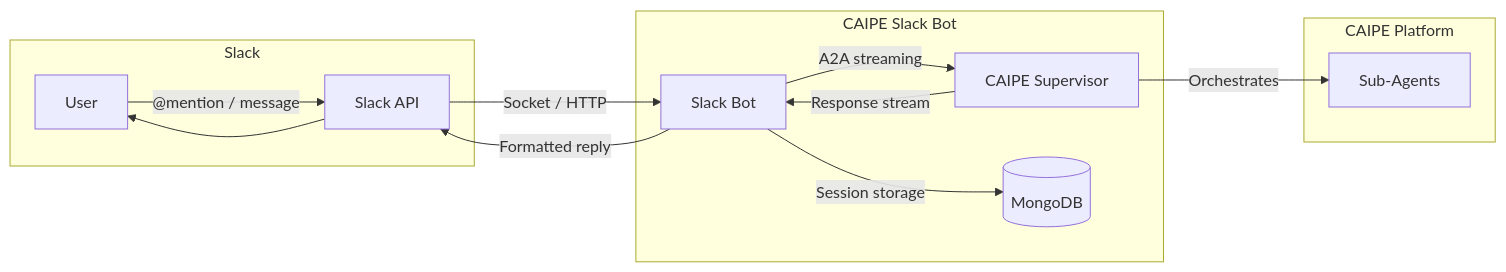
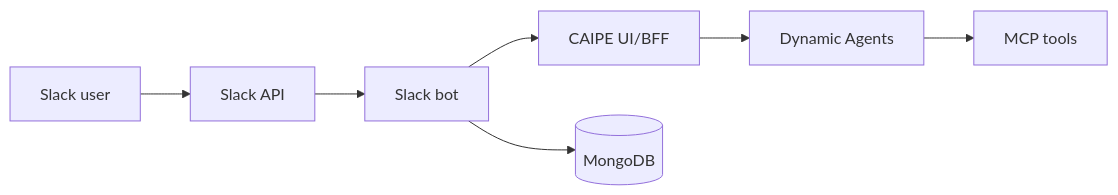
One commit to cnoe-io/ai-platform-engineering changed the diagram in docs/docs/integrations/slack-bot.md. Above: the diagram before and after it, drawn with Mermaid. The commit also changed other lines of this file and 252 other files, not shown here.

Commit message:
feat: remove supervisor and standalone agents

````diff
--- a/docs/docs/integrations/slack-bot.md
+++ b/docs/docs/integrations/slack-bot.md
@@ -11,17 +7,9 @@
 ```mermaid
 flowchart LR
-  subgraph Slack
-    U[User] -->|"@mention / message"| S[Slack API]
-  end
-  subgraph CAIPE Slack Bot
-    S -->|Socket / HTTP| B[Slack Bot]
-    B -->|A2A streaming| SUP[CAIPE Supervisor]
-    B -->|Session storage| M[(MongoDB)]
-  end
-  subgraph CAIPE Platform
-    SUP -->|Orchestrates| AG[Sub-Agents]
-  end
-  SUP -->|Response stream| B
-  B -->|Formatted reply| S
-  S --> U
+  U[Slack user] --> S[Slack API]
+  S --> B[Slack bot]
+  B --> UI[CAIPE UI/BFF]
+  UI --> DA[Dynamic Agents]
+  DA --> MCP[MCP tools]
+  B --> M[(MongoDB)]
 ```
````
